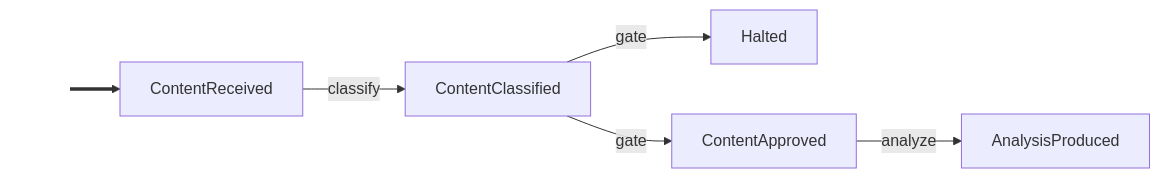
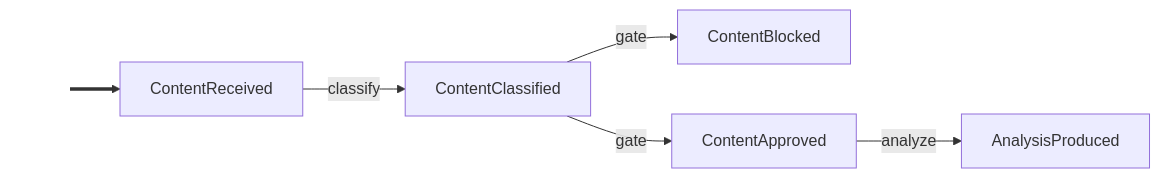
Before and after one commit to cadance-io/langgraph-events: the diagram in examples/content_pipeline.graph.md, drawn with Mermaid. The commit also changed 11 other files, not shown here.

````diff
--- a/examples/content_pipeline.graph.md
+++ b/examples/content_pipeline.graph.md
@@ -4,9 +4,9 @@
 ```mermaid
 graph LR
     classDef entry fill:none,stroke:none,color:none
     _e0_[ ]:::entry ==> ContentReceived
     ContentReceived -->|classify| ContentClassified
-    ContentClassified -->|gate| Halted
+    ContentClassified -->|gate| ContentBlocked
     ContentClassified -->|gate| ContentApproved
     ContentApproved -->|analyze| AnalysisProduced
 ```
````
